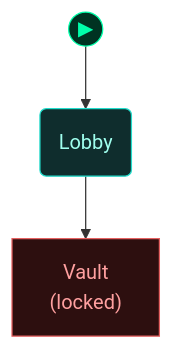
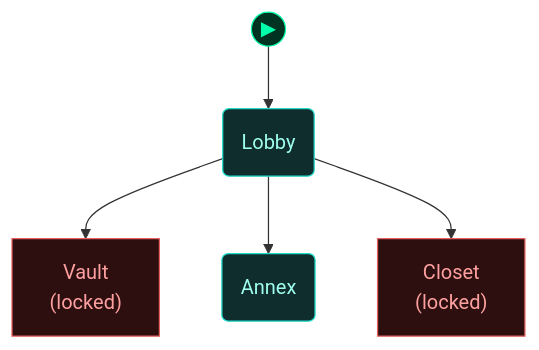
One commit to cliffe/BreakEscape changed the fourth of 5 diagrams in scenarios/test_hidden_hostiles/dungeon_graph.md. Above: the diagram before and after it, drawn with Mermaid. The commit also changed other lines of this file and 7 other files, not shown here.

````diff
--- a/scenarios/test_hidden_hostiles/dungeon_graph.md
+++ b/scenarios/test_hidden_hostiles/dungeon_graph.md
@@ -153,30 +165,34 @@
 ```mermaid
 flowchart TD
 
   classDef room      fill:#0f2d2d,stroke:#22ddcc,color:#a0ffee
   classDef lock      fill:#2d0f0f,stroke:#e66060,color:#ffa0a0
   classDef key       fill:#2d0812,stroke:#e66060,color:#ffa0a0
   classDef item      fill:#2d1200,stroke:#e89030,color:#ffcc80
   classDef gate      fill:#111,stroke:#666,color:#eee
   classDef vm        fill:#0c1f40,stroke:#4a90d9,color:#a0c8ff
   classDef flag      fill:#1a0c2d,stroke:#9060d0,color:#cc99ff
   classDef action    fill:#1a1200,stroke:#cc9922,color:#ffee88
   classDef aim       fill:#0d2a0d,stroke:#44cc44,color:#88ff88
   classDef aim_gate  fill:#111111,stroke:#44cc44,color:#44cc44
   classDef container fill:#1a2d1a,stroke:#60b060,color:#a0e0a0
   classDef npc       fill:#2d1f0d,stroke:#d0a050,color:#ffe0a0
   classDef critical  fill:#2a1500,stroke:#ffaa00,color:#ffdd88
   classDef start     fill:#003322,stroke:#00ffaa,color:#00ffaa
 
   node_start(("▶"))
   node_start --> lobby
 
   lobby("Lobby")
   vault["Vault<br/>(locked)"]
+  annex("Annex")
+  closet["Closet<br/>(locked)"]
 
   lobby --> vault
+  lobby --> annex
+  lobby --> closet
 
-  class lobby room
-  class vault lock
+  class lobby,annex room
+  class vault,closet lock
   class node_start start
 ```
````
